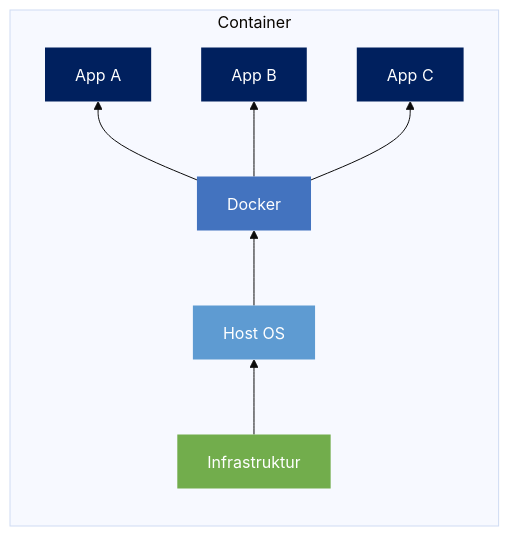
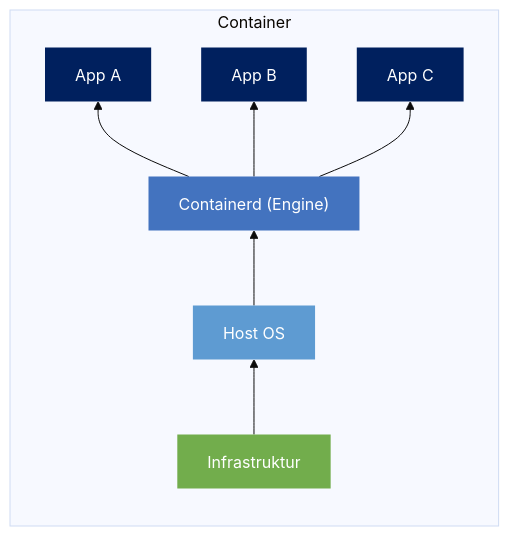
Before and after one commit to KWR-Informatik-AG/learn: the second of 2 diagrams in docs/de/container/index.md, drawn with Mermaid (base theme). The commit also changed other lines of this file and 6 other files, not shown here.

````diff
--- a/docs/de/container/index.md
+++ b/docs/de/container/index.md
@@ -57,30 +53,30 @@
 ```mermaid
 flowchart BT
 
     %% Nodes and Contents
     subgraph "Container"
     direction BT
-        A[Infrastruktur]
-        B[Host OS]
-        C[Docker]
-        DA[App A]
-        DB[App B]
-        DC[App C]
+        A["Infrastruktur"]
+        B["Host OS"]
+        C["Containerd (Engine)"]
+        DA["App A"]
+        DB["App B"]
+        DC["App C"]
     end
 
     %% Connections
     A --> B
     B --> C
     C --> DA
     C --> DB
     C --> DC
 
     %% Styles
     style A fill:#72ad4c,color:#fff,stroke:none
     style B fill:#5e9bd2,color:#fff,stroke:none
     style C fill:#4373bf,color:#fff,stroke:none
     style DA fill:#00205e,color:#fff,stroke:none
     style DB fill:#00205e,color:#fff,stroke:none
     style DC fill:#00205e,color:#fff,stroke:none
 
 ```
````
